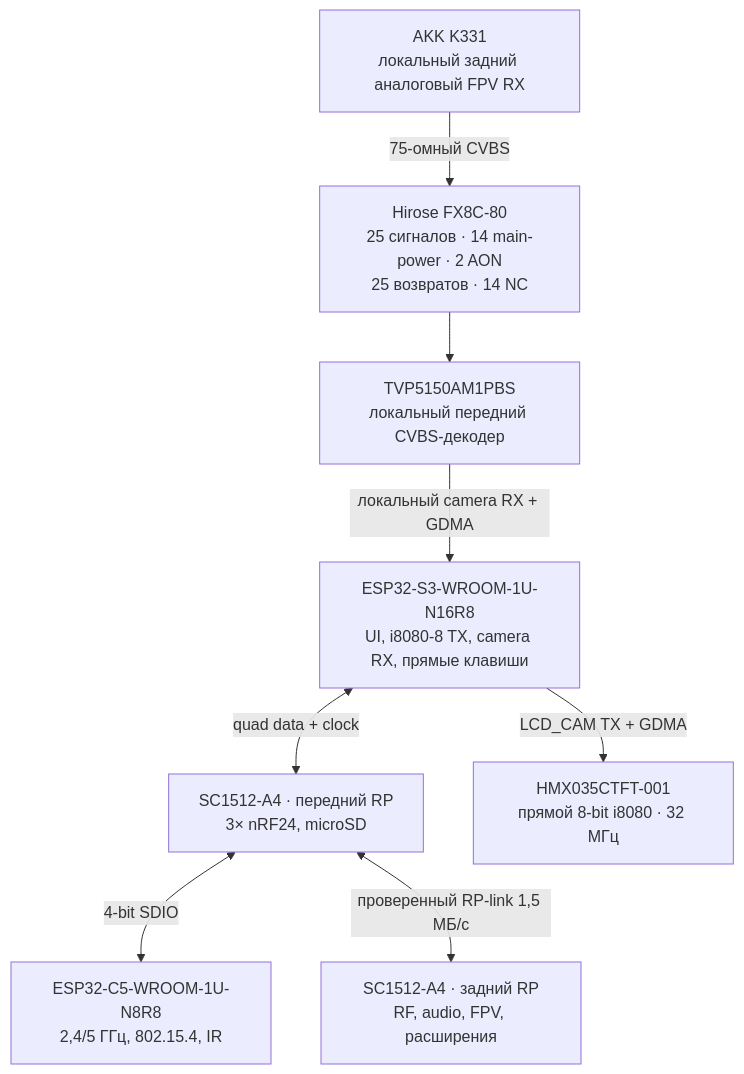
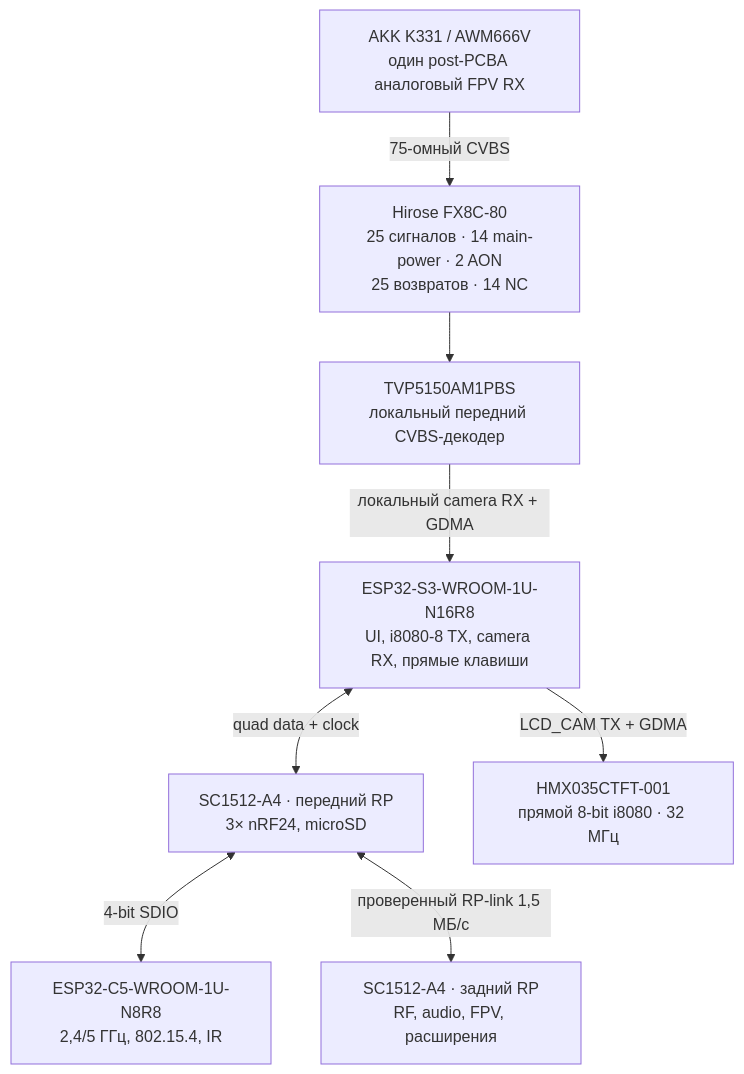
The diagram in docs/schematics.ru.md (anton-vinogradov/esp32-leshy2), drawn with Mermaid before and after one commit. The commit also changed other lines of this file and 40 other files, not shown here.

````diff
--- a/docs/schematics.ru.md
+++ b/docs/schematics.ru.md
@@ -24,19 +24,19 @@
 ```mermaid
 flowchart TD
   S3["ESP32-S3-WROOM-1U-N16R8<br/>UI, i8080-8 TX, camera RX, прямые клавиши"]
   C5["ESP32-C5-WROOM-1U-N8R8<br/>2,4/5 ГГц, 802.15.4, IR"]
   FRP["SC1512-A4 · передний RP<br/>3× nRF24, microSD"]
   RRP["SC1512-A4 · задний RP<br/>RF, audio, FPV, расширения"]
   TVP["TVP5150AM1PBS<br/>локальный передний CVBS-декодер"]
-  K331["AKK K331<br/>локальный задний аналоговый FPV RX"]
+  K331["AKK K331 / AWM666V<br/>один post-PCBA аналоговый FPV RX"]
   LCD["HMX035CTFT-001<br/>прямой 8-bit i8080 · 32 МГц"]
   M1["Hirose FX8C-80<br/>25 сигналов · 14 main-power · 2 AON<br/>25 возвратов · 14 NC"]
 
   S3 -->|"LCD_CAM TX + GDMA"| LCD
   S3 <-->|"quad data + clock"| FRP
   FRP <-->|"4-bit SDIO"| C5
   FRP <-->|"проверенный RP-link 1,5 МБ/с"| RRP
   K331 -->|"75-омный CVBS"| M1
   M1 --> TVP
   TVP -->|"локальный camera RX + GDMA"| S3
 ```
````
